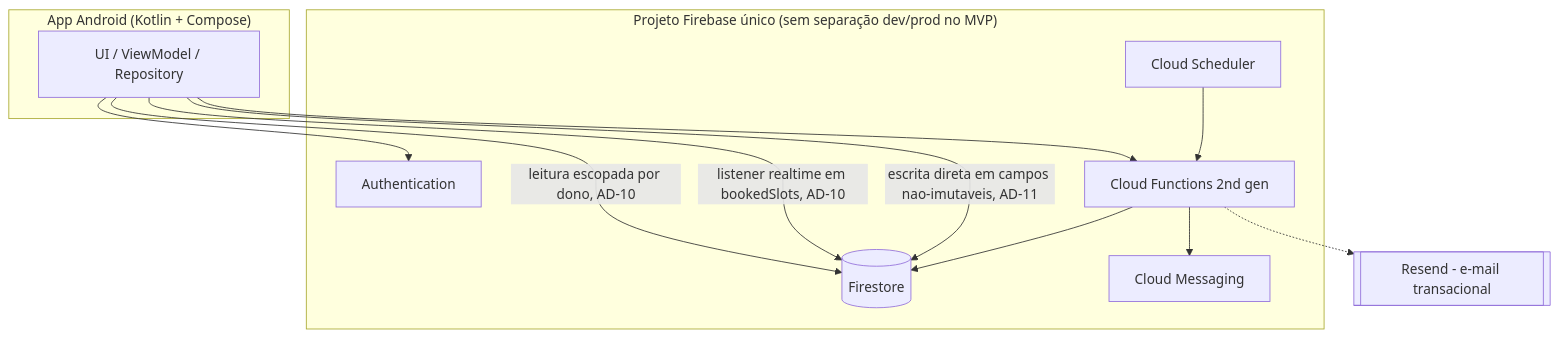
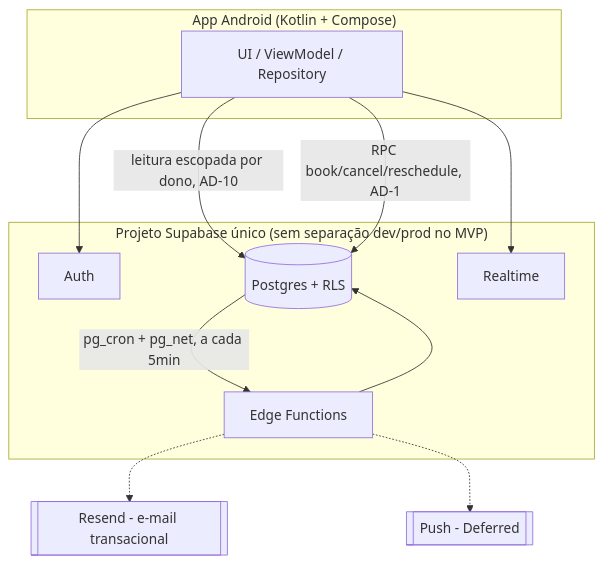
One commit to mauriciomayer/AgendaMedica changed the second of 3 diagrams in _bmad-output/planning-artifacts/architecture/architecture-AgendaMedica-2026-09-17/ARCHITECTURE-SPINE.md. Above: the diagram before and after it, drawn with Mermaid. The commit also changed other lines of this file and 5 other files, not shown here.

````diff
--- a/_bmad-output/planning-artifacts/architecture/architecture-AgendaMedica-2026-09-17/ARCHITECTURE-SPINE.md
+++ b/_bmad-output/planning-artifacts/architecture/architecture-AgendaMedica-2026-09-17/ARCHITECTURE-SPINE.md
@@ -137,24 +140,23 @@
 ```mermaid
 graph TB
   subgraph Android["App Android (Kotlin + Compose)"]
     UI[UI / ViewModel / Repository]
   end
-  subgraph Firebase["Projeto Firebase único (sem separação dev/prod no MVP)"]
-    AUTH[Authentication]
-    FS[(Firestore)]
-    FN[Cloud Functions 2nd gen]
-    FCM[Cloud Messaging]
-    SCHED[Cloud Scheduler]
+  subgraph Supabase["Projeto Supabase único (sem separação dev/prod no MVP)"]
+    AUTH[Auth]
+    PG[(Postgres + RLS)]
+    RT[Realtime]
+    EDGE[Edge Functions]
   end
   EMAIL[[Resend - e-mail transacional]]
+  PUSHTBD[[Push - Deferred]]
 
   UI --> AUTH
-  UI -->|leitura escopada por dono, AD-10| FS
-  UI -->|listener realtime em bookedSlots, AD-10| FS
-  UI -->|escrita direta em campos nao-imutaveis, AD-11| FS
-  UI --> FN
-  FN --> FS
-  FN --> FCM
-  SCHED --> FN
-  FN -.-> EMAIL
+  UI -->|leitura escopada por dono, AD-10| PG
+  UI --> RT
+  UI -->|RPC book/cancel/reschedule, AD-1| PG
+  PG -->|pg_cron + pg_net, a cada 5min| EDGE
+  EDGE --> PG
+  EDGE -.-> EMAIL
+  EDGE -.-> PUSHTBD
 ```
````
